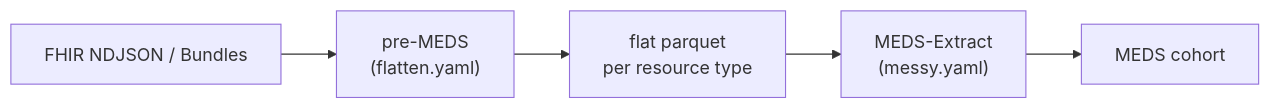
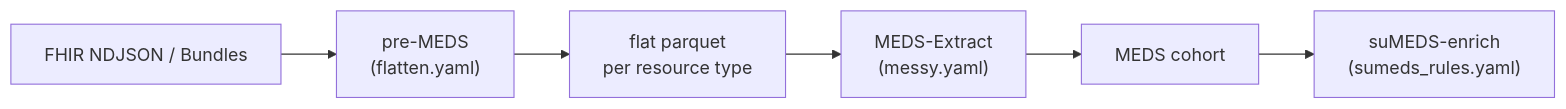
The diagram in docs/index.md (rvandewater/FHIR_MEDS), drawn with Mermaid before and after one commit. The commit also changed other lines of this file and 13 other files, not shown here.

````diff
--- a/docs/index.md
+++ b/docs/index.md
@@ -23,4 +24,4 @@
 ```mermaid
 flowchart LR
-    A["FHIR NDJSON / Bundles"] --> B["pre-MEDS<br/>(flatten.yaml)"] --> C["flat parquet<br/>per resource type"] --> D["MEDS-Extract<br/>(messy.yaml)"] --> E["MEDS cohort"]
+    A["FHIR NDJSON / Bundles"] --> B["pre-MEDS<br/>(flatten.yaml)"] --> C["flat parquet<br/>per resource type"] --> D["MEDS-Extract<br/>(messy.yaml)"] --> E["MEDS cohort"] --> F["suMEDS-enrich<br/>(sumeds_rules.yaml)"]
 ```
````
